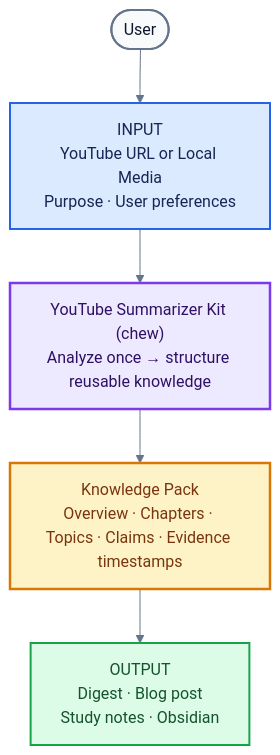
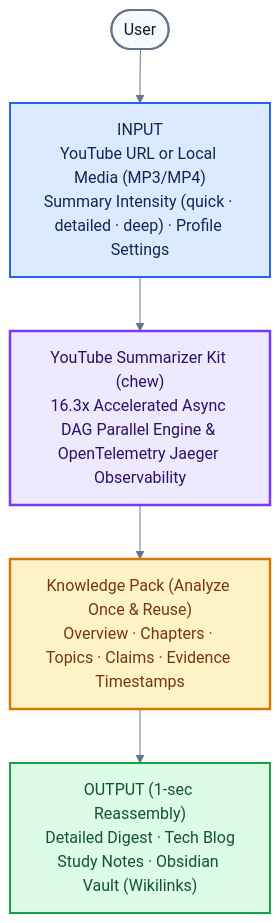
The diagram in assets/architecture/en/user-flow.mmd (SHcommit/youtube-summerizer-kit), drawn with Mermaid before and after one commit. The commit also changed 7 other files, not shown here.

Commit message:
feat(assets): upgrade en and ko user-flow and internal-pipeline Mermaid diagrams (.mmd) and re-render high-res PNG images

```diff
--- a/assets/architecture/en/user-flow.mmd
+++ b/assets/architecture/en/user-flow.mmd
@@ -1,20 +1,20 @@
 %%{init: {"theme":"base","themeVariables":{"fontFamily":"Arial, sans-serif","primaryTextColor":"#172554","lineColor":"#64748b"},"flowchart":{"curve":"basis","nodeSpacing":44,"rankSpacing":54}}}%%
 flowchart TB
     USER([User])
-    INPUT["INPUT<br/>YouTube URL or Local Media<br/>Purpose · User preferences"]
-    KIT["YouTube Summarizer Kit (chew)<br/>Analyze once → structure reusable knowledge"]
-    PACK["Knowledge Pack<br/>Overview · Chapters · Topics · Claims · Evidence timestamps"]
-    OUTPUT["OUTPUT<br/>Digest · Blog post<br/>Study notes · Obsidian"]
+    INPUT["INPUT<br/>YouTube URL or Local Media (MP3/MP4)<br/>Summary Intensity (quick · detailed · deep) · Profile Settings"]
+    KIT["YouTube Summarizer Kit (chew)<br/>16.3x Accelerated Async DAG Parallel Engine & OpenTelemetry Jaeger Observability"]
+    PACK["Knowledge Pack (Analyze Once & Reuse)<br/>Overview · Chapters · Topics · Claims · Evidence Timestamps"]
+    OUTPUT["OUTPUT (1-sec Reassembly)<br/>Detailed Digest · Tech Blog<br/>Study Notes · Obsidian Vault (Wikilinks)"]
 
     USER --> INPUT --> KIT --> PACK --> OUTPUT
 
     classDef actor fill:#f8fafc,stroke:#64748b,stroke-width:2px,color:#0f172a;
     classDef input fill:#dbeafe,stroke:#2563eb,stroke-width:2px,color:#172554;
     classDef core fill:#ede9fe,stroke:#7c3aed,stroke-width:2.5px,color:#2e1065;
     classDef knowledge fill:#fef3c7,stroke:#d97706,stroke-width:2.5px,color:#78350f;
     classDef output fill:#dcfce7,stroke:#16a34a,stroke-width:2px,color:#14532d;
     class USER actor;
     class INPUT input;
     class KIT core;
     class PACK knowledge;
     class OUTPUT output;
```
